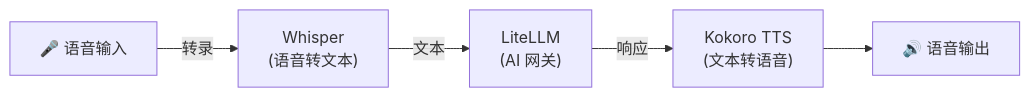
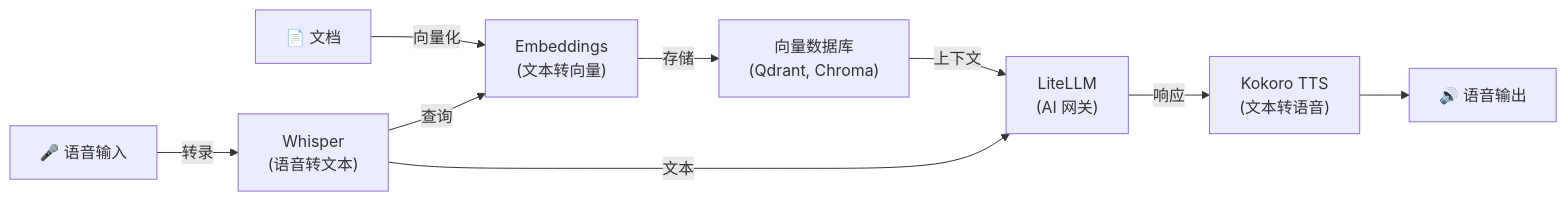
Before and after one commit to hwdsl2/docker-tts: the diagram in README-zh.md, drawn with Mermaid. The commit also changed other lines of this file and 3 other files, not shown here.

````diff
--- a/README-zh.md
+++ b/README-zh.md
@@ -302,7 +302,11 @@
 ```mermaid
 graph LR
+    D["📄 文档"] -->|向量化| E["Embeddings<br/>(文本转向量)"]
+    E -->|存储| VDB["向量数据库<br/>(Qdrant, Chroma)"]
     A["🎤 语音输入"] -->|转录| W["Whisper<br/>(语音转文本)"]
-    W -->|文本| L["LiteLLM<br/>(AI 网关)"]
+    W -->|查询| E
+    VDB -->|上下文| L["LiteLLM<br/>(AI 网关)"]
+    W -->|文本| L
     L -->|响应| T["Kokoro TTS<br/>(文本转语音)"]
     T --> B["🔊 语音输出"]
 ```
````
